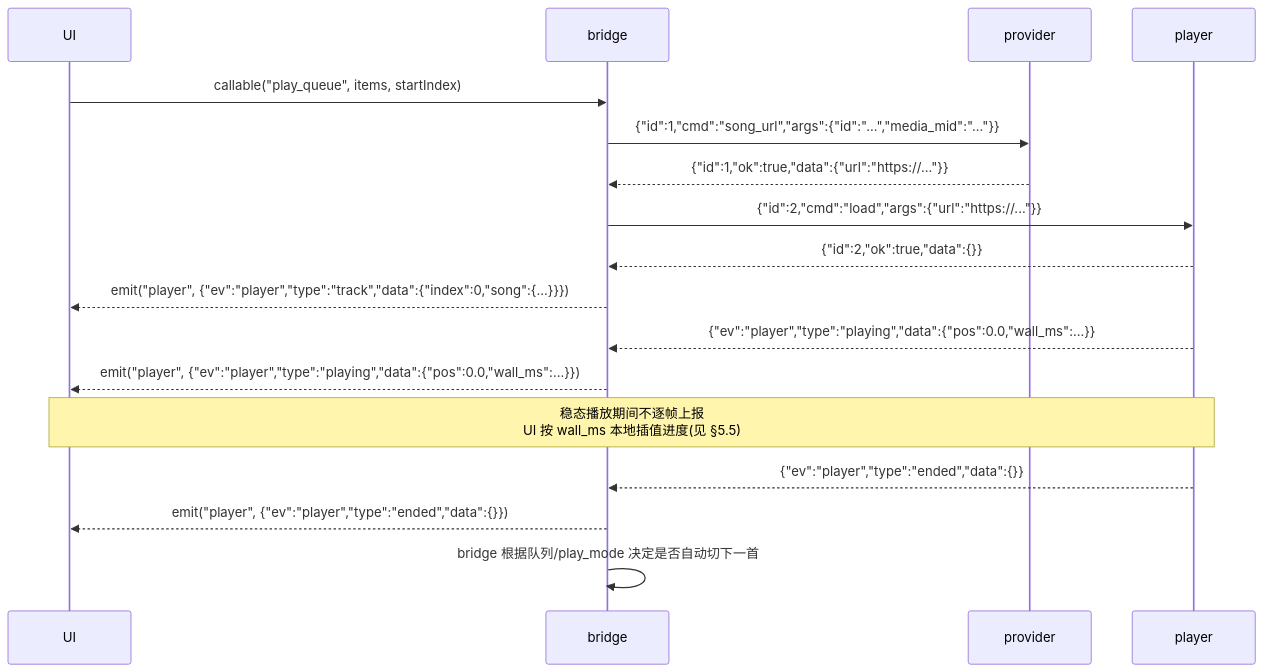
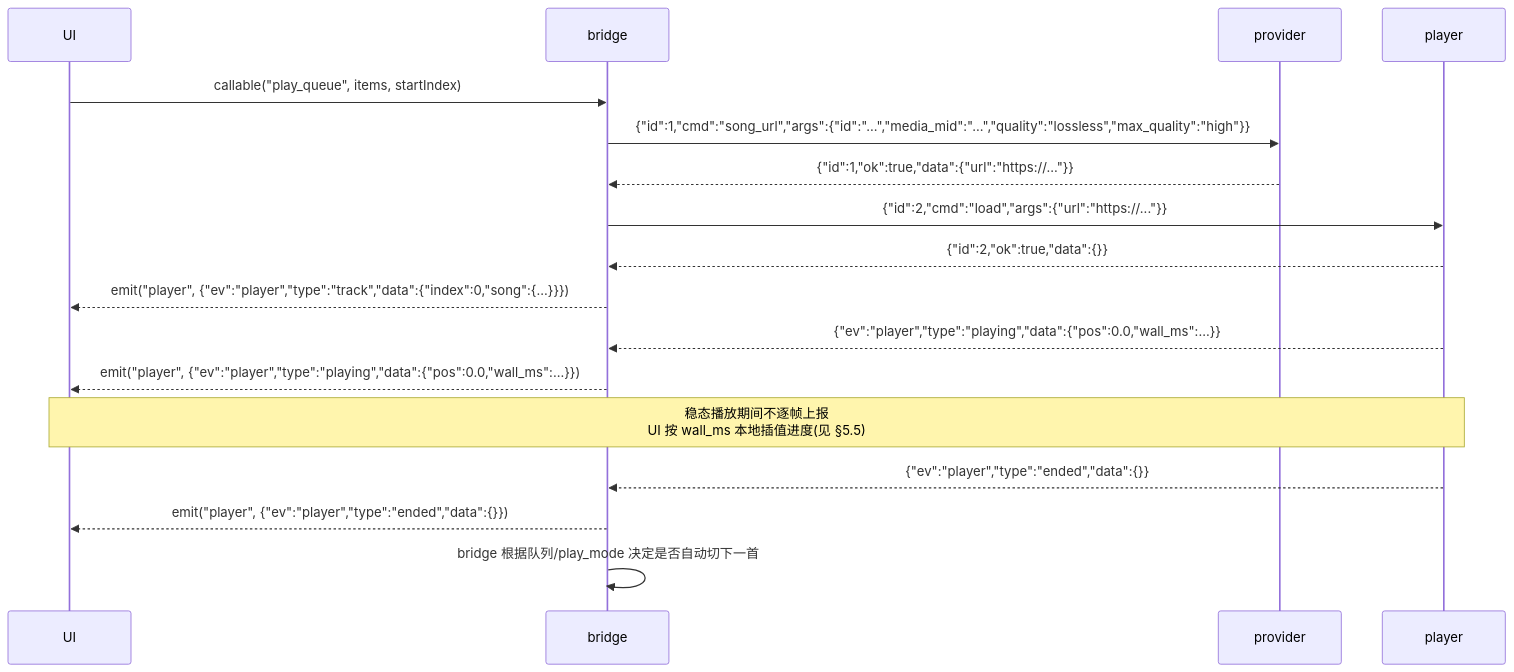
Before and after one commit to jinzhongjia/decky-music: the third of 6 diagrams in docs/DESIGN.md, drawn with Mermaid. The commit also changed other lines of this file and 4 other files, not shown here.

````diff
--- a/docs/DESIGN.md
+++ b/docs/DESIGN.md
@@ -160,19 +160,19 @@
 ```mermaid
 sequenceDiagram
   participant UI
   participant BR as bridge
   participant P as provider
   participant PL as player
   UI->>BR: callable("play_queue", items, startIndex)
-  BR->>P: {"id":1,"cmd":"song_url","args":{"id":"...","media_mid":"..."}}
+  BR->>P: {"id":1,"cmd":"song_url","args":{"id":"...","media_mid":"...","quality":"lossless","max_quality":"high"}}
   P-->>BR: {"id":1,"ok":true,"data":{"url":"https://..."}}
   BR->>PL: {"id":2,"cmd":"load","args":{"url":"https://..."}}
   PL-->>BR: {"id":2,"ok":true,"data":{}}
   BR-->>UI: emit("player", {"ev":"player","type":"track","data":{"index":0,"song":{...}}})
   PL-->>BR: {"ev":"player","type":"playing","data":{"pos":0.0,"wall_ms":...}}
   BR-->>UI: emit("player", {"ev":"player","type":"playing","data":{"pos":0.0,"wall_ms":...}})
   Note over PL,UI: 稳态播放期间不逐帧上报<br/>UI 按 wall_ms 本地插值进度(见 §5.5)
   PL-->>BR: {"ev":"player","type":"ended","data":{}}
   BR-->>UI: emit("player", {"ev":"player","type":"ended","data":{}})
   BR->>BR: bridge 根据队列/play_mode 决定是否自动切下一首
 ```
````
